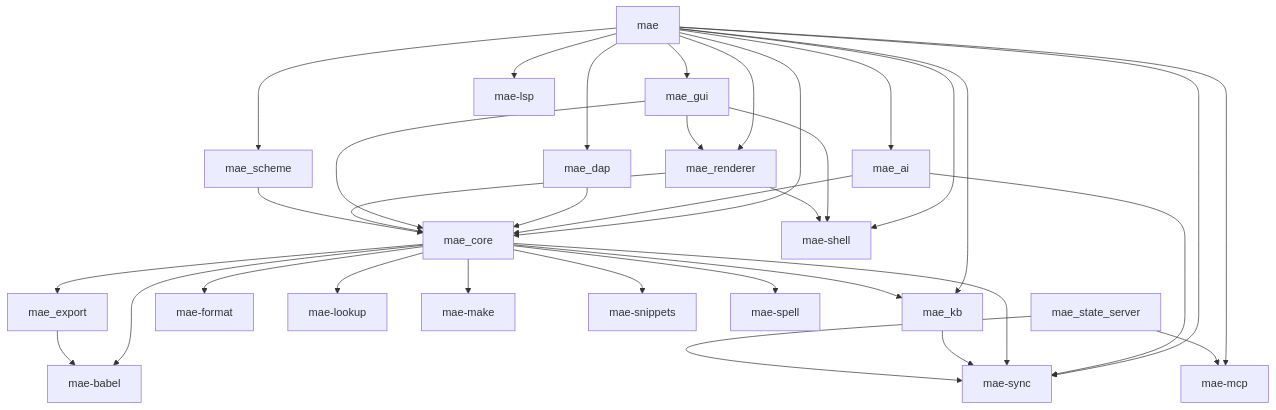
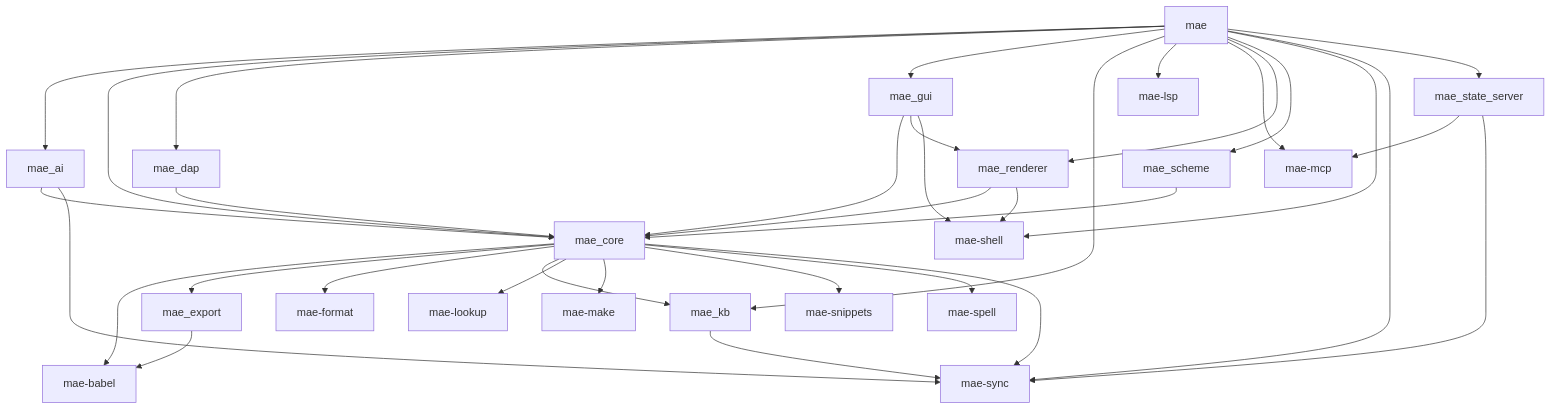
One commit to cuttlefisch/mae changed the diagram in docs/CODE_MAP.md. Above: the diagram before and after it, drawn with Mermaid. The commit also changed other lines of this file and 5 other files, not shown here.

````diff
--- a/docs/CODE_MAP.md
+++ b/docs/CODE_MAP.md
@@ -7,46 +7,47 @@
 ```mermaid
 graph TD
     mae --> mae_ai
     mae --> mae_core
     mae --> mae_dap
     mae --> mae_gui
     mae --> mae_kb
     mae --> mae_lsp
     mae --> mae_mcp
     mae --> mae_renderer
     mae --> mae_scheme
     mae --> mae_shell
     mae --> mae_sync
+    mae --> mae_state_server
     mae_ai --> mae_core
     mae_ai --> mae_sync
     mae_babel[mae-babel]
     mae_core --> mae_babel
     mae_core --> mae_export
     mae_core --> mae_format
     mae_core --> mae_kb
     mae_core --> mae_lookup
     mae_core --> mae_make
     mae_core --> mae_snippets
     mae_core --> mae_spell
     mae_core --> mae_sync
     mae_dap --> mae_core
     mae_export --> mae_babel
     mae_format[mae-format]
     mae_gui --> mae_core
     mae_gui --> mae_renderer
     mae_gui --> mae_shell
     mae_kb --> mae_sync
     mae_lookup[mae-lookup]
     mae_lsp[mae-lsp]
     mae_make[mae-make]
     mae_mcp[mae-mcp]
     mae_renderer --> mae_core
     mae_renderer --> mae_shell
     mae_scheme --> mae_core
     mae_shell[mae-shell]
     mae_snippets[mae-snippets]
     mae_spell[mae-spell]
     mae_state_server --> mae_mcp
     mae_state_server --> mae_sync
     mae_sync[mae-sync]
 ```
````
